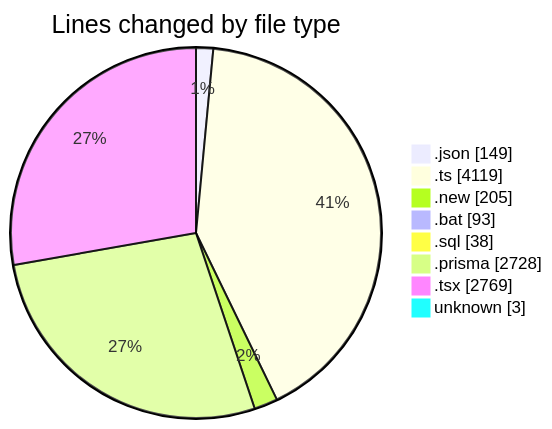
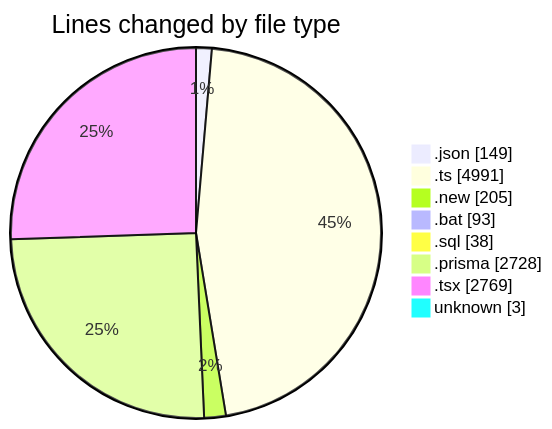
The first of 2 diagrams in 2025-05-20/ecodeli-1/README.md (CELIANVF/code-tracking), drawn with Mermaid before and after one commit. The commit also changed other lines of this file and 1 other file, not shown here.

````diff
--- a/2025-05-20/ecodeli-1/README.md
+++ b/2025-05-20/ecodeli-1/README.md
@@ -57,12 +59,12 @@
 ```mermaid
 pie showData
 title Lines changed by file type
 ".json" : 149
-".ts" : 4119
+".ts" : 4991
 ".new" : 205
 ".bat" : 93
 ".sql" : 38
 ".prisma" : 2728
 ".tsx" : 2769
 "unknown" : 3
 ```
````
